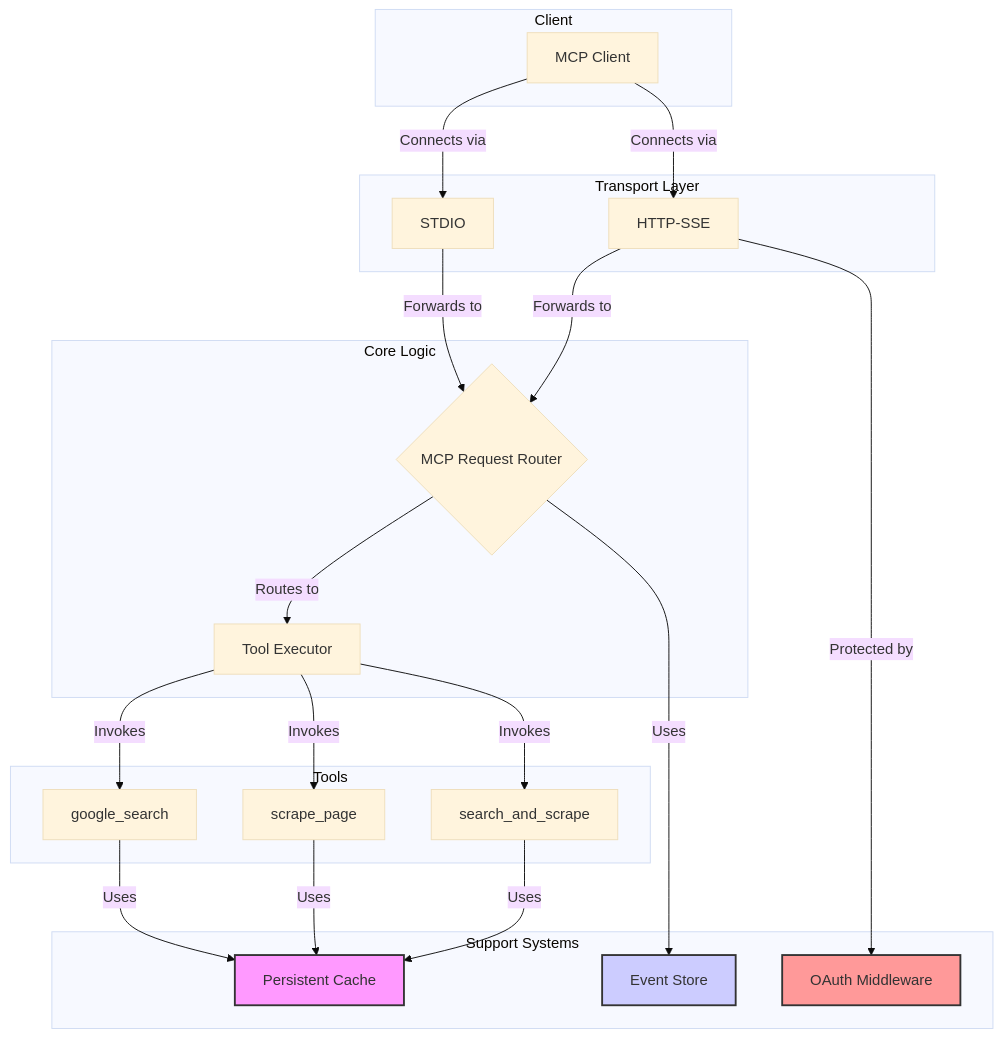
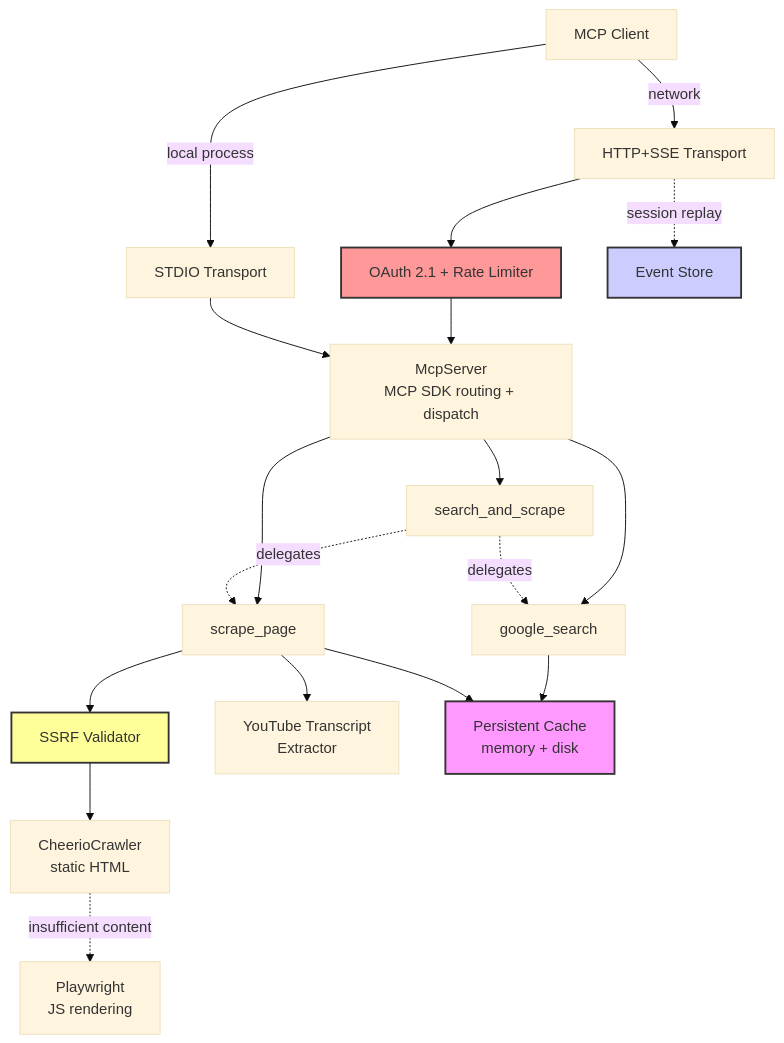
The diagram in README.md (jimweller/google-research-mcp), drawn with Mermaid (base theme) before and after one commit. The commit also changed other lines of this file, not shown here.

Commit message:
docs: fix badge, remove screenshot, rewrite architecture diagram
- Fix CI badge: point to ci.yml (was broken test.yml)
- Remove terminal screenshot (no useful information)
- Rewrite Mermaid diagram to match actual architecture:
  - McpServer (MCP SDK) instead of fictional Router/Executor
  - Event Store on HTTP transport, not router
  - Add SSRF validator, Playwright fallback, YouTube extractor
  - Add OAuth + rate limiter on HTTP path
  - Show search_and_scrape delegating to other tools

````diff
--- a/README.md
+++ b/README.md
@@ -92,44 +90,28 @@
 ```mermaid
 graph TD
-    subgraph "Client"
-        A[MCP Client]
-    end
+    A[MCP Client] -->|local process| B[STDIO Transport]
+    A -->|network| C[HTTP+SSE Transport]
 
-    subgraph "Transport Layer"
-        B[STDIO]
-        C[HTTP-SSE]
-    end
+    C --> L[OAuth 2.1 + Rate Limiter]
+    L --> D
+    C -.->|session replay| K[Event Store]
+    B --> D[McpServer<br>MCP SDK routing + dispatch]
 
-    subgraph "Core Logic"
-        D{MCP Request Router}
-        E[Tool Executor]
-    end
+    D --> F[google_search]
+    D --> G[scrape_page]
+    D --> I[search_and_scrape]
+    I -.->|delegates| F
+    I -.->|delegates| G
 
-    subgraph "Tools"
-        F[google_search]
-        G[scrape_page]
-        I[search_and_scrape]
-    end
+    G --> N[SSRF Validator]
+    N --> S1[CheerioCrawler<br>static HTML]
+    S1 -.->|insufficient content| S2[Playwright<br>JS rendering]
+    G --> YT[YouTube Transcript<br>Extractor]
 
-    subgraph "Support Systems"
-        J[Persistent Cache]
-        K[Event Store]
-        L[OAuth Middleware]
-    end
-
-    A -- Connects via --> B
-    A -- Connects via --> C
-    B -- Forwards to --> D
-    C -- Forwards to --> D
-    D -- Routes to --> E
-    E -- Invokes --> F
-    E -- Invokes --> G
-    E -- Invokes --> I
-    F & G & I -- Uses --> J
-    D -- Uses --> K
-    C -- Protected by --> L
+    F & G --> J[Persistent Cache<br>memory + disk]
 
     style J fill:#f9f,stroke:#333,stroke-width:2px
     style K fill:#ccf,stroke:#333,stroke-width:2px
     style L fill:#f99,stroke:#333,stroke-width:2px
+    style N fill:#ff9,stroke:#333,stroke-width:2px
 ```
````
